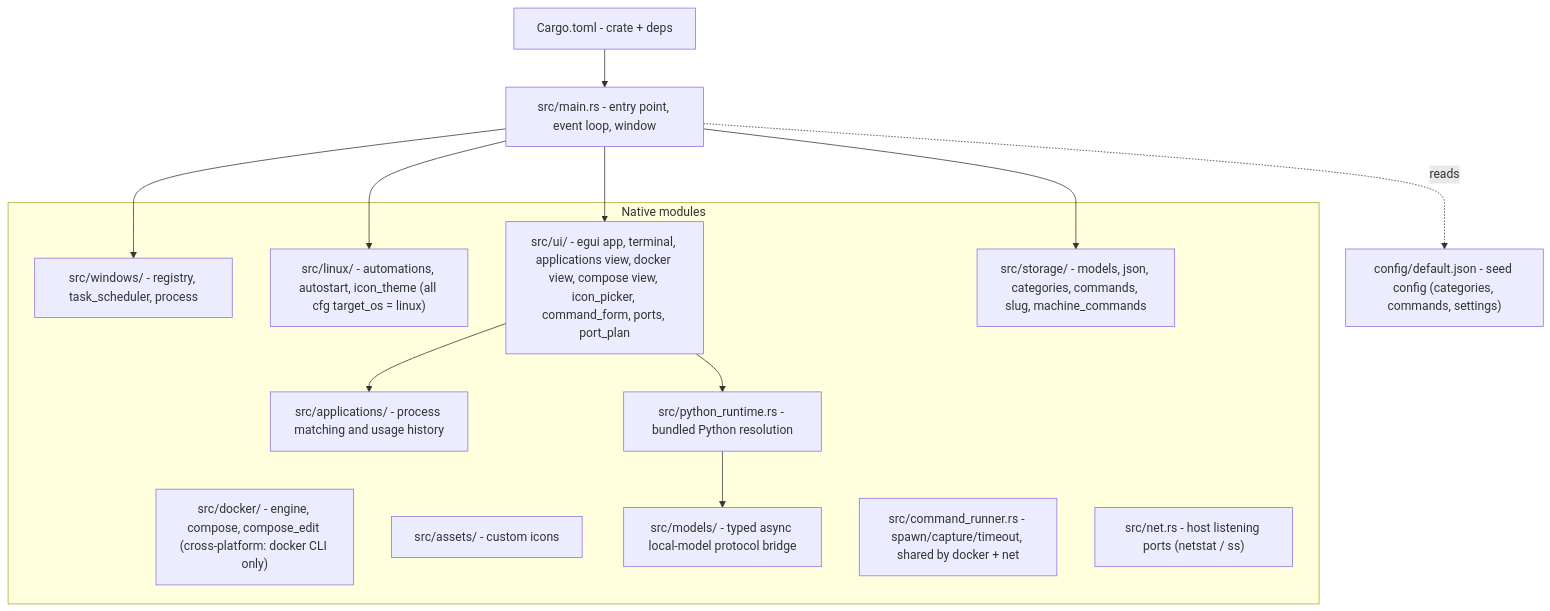
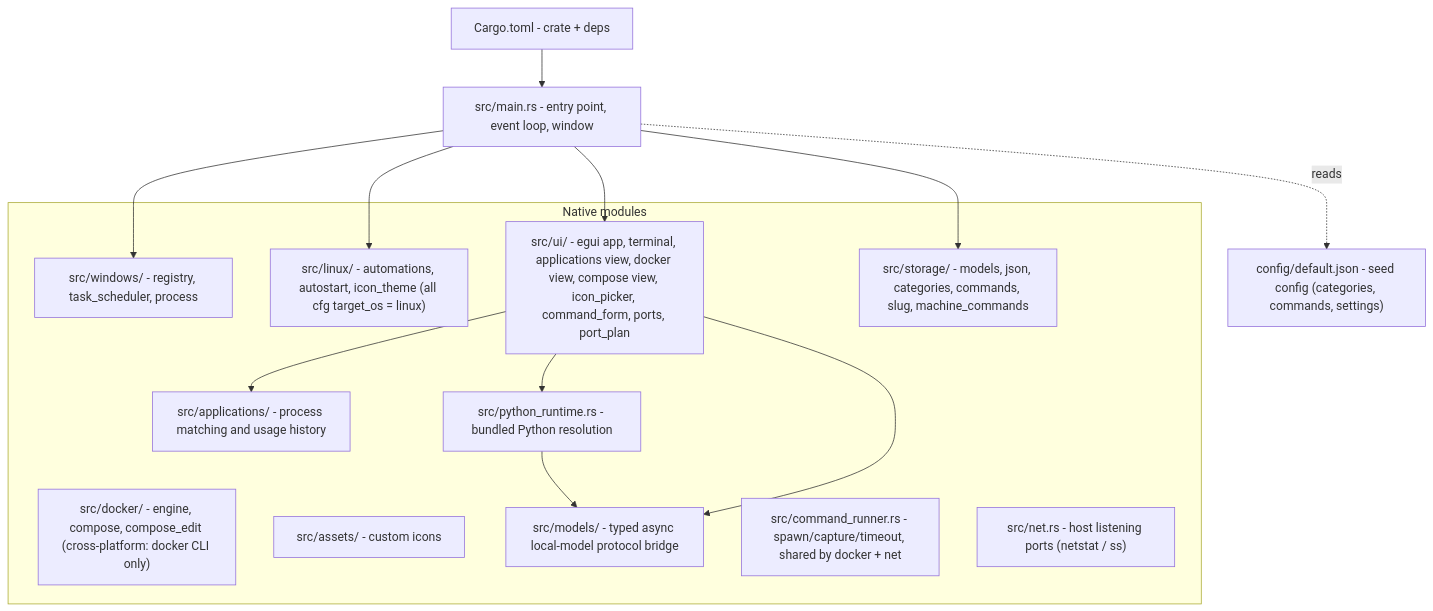
Before and after one commit to RebelliousSmile/DevToolBox: the diagram in aidd_docs/memory/codebase-map.md, drawn with Mermaid. The commit also changed other lines of this file and 17 other files, not shown here.

````diff
--- a/aidd_docs/memory/codebase-map.md
+++ b/aidd_docs/memory/codebase-map.md
@@ -6,31 +6,32 @@
 ```mermaid
 flowchart TD
     MAIN["src/main.rs - entry point, event loop, window"]
     CFG["config/default.json - seed config (categories, commands, settings)"]
     CARGO["Cargo.toml - crate + deps"]
 
     MAIN -.reads.-> CFG
     CARGO --> MAIN
 
     subgraph Native["Native modules"]
         WINMOD["src/windows/ - registry, task_scheduler, process"]
         LINMOD["src/linux/ - automations, autostart, icon_theme (all cfg target_os = linux)"]
         DOCKMOD["src/docker/ - engine, compose, compose_edit (cross-platform: docker CLI only)"]
         UIMOD["src/ui/ - egui app, terminal, applications view, docker view, compose view, icon_picker, command_form, ports, port_plan"]
         STOREMOD["src/storage/ - models, json, categories, commands, slug, machine_commands"]
         ASSETS["src/assets/ - custom icons"]
         APPMOD["src/applications/ - process matching and usage history"]
         PYRUN["src/python_runtime.rs - bundled Python resolution"]
         MODELS["src/models/ - typed async local-model protocol bridge"]
         RUNNER["src/command_runner.rs - spawn/capture/timeout, shared by docker + net"]
         NETMOD["src/net.rs - host listening ports (netstat / ss)"]
     end
 
     MAIN --> WINMOD
     MAIN --> LINMOD
     MAIN --> UIMOD
     MAIN --> STOREMOD
     UIMOD --> APPMOD
     UIMOD --> PYRUN
     PYRUN --> MODELS
+    UIMOD --> MODELS
 ```
````
